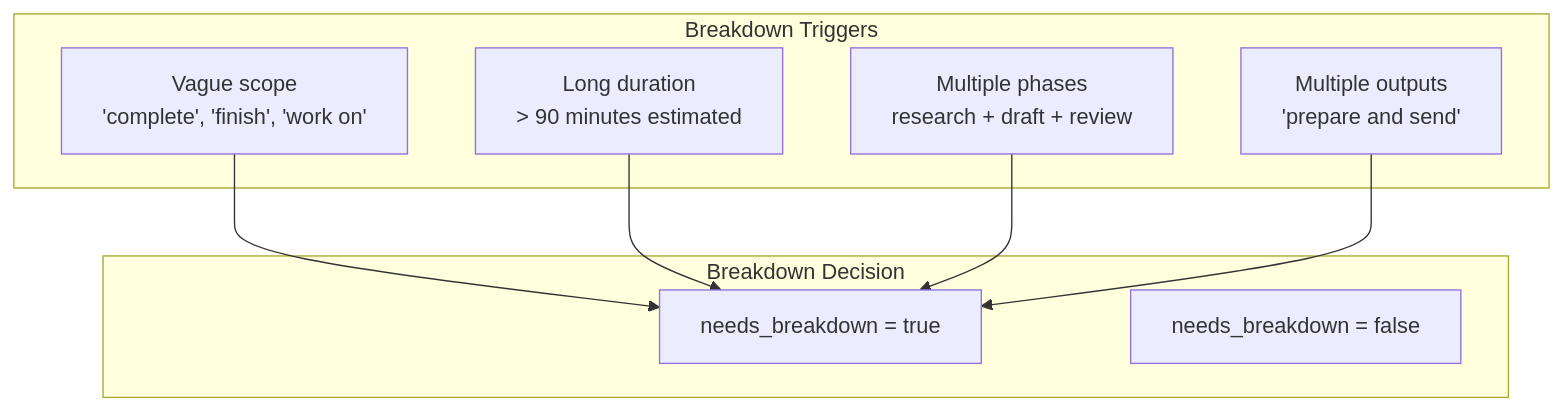
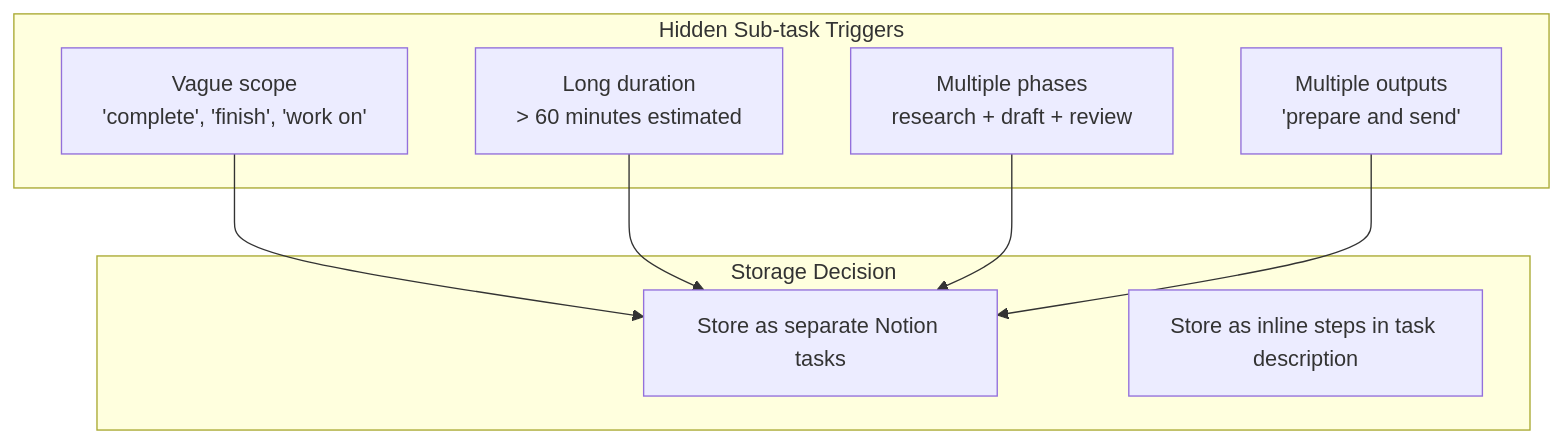
Before and after one commit to NickBorgers/hide-my-list: the seventh of 21 diagrams in docs/task-lifecycle.md, drawn with Mermaid. The commit also changed other lines of this file and 3 other files, not shown here.

First line of the commit message:
Add proactive sub-task generation and on-demand breakdown assistance

````diff
--- a/docs/task-lifecycle.md
+++ b/docs/task-lifecycle.md
@@ -159,19 +188,19 @@
 ```mermaid
 flowchart TD
-    subgraph Triggers["Breakdown Triggers"]
+    subgraph Triggers["Hidden Sub-task Triggers"]
         Vague["Vague scope<br/>'complete', 'finish', 'work on'"]
-        Long["Long duration<br/>> 90 minutes estimated"]
+        Long["Long duration<br/>> 60 minutes estimated"]
         Multi["Multiple phases<br/>research + draft + review"]
         Deliverables["Multiple outputs<br/>'prepare and send'"]
     end
 
-    subgraph Decision["Breakdown Decision"]
-        Break[needs_breakdown = true]
-        Simple[needs_breakdown = false]
+    subgraph Decision["Storage Decision"]
+        Hidden[Store as separate Notion tasks]
+        Inline[Store as inline steps in task description]
     end
 
-    Vague --> Break
-    Long --> Break
-    Multi --> Break
-    Deliverables --> Break
+    Vague --> Hidden
+    Long --> Hidden
+    Multi --> Hidden
+    Deliverables --> Hidden
 ```
````
